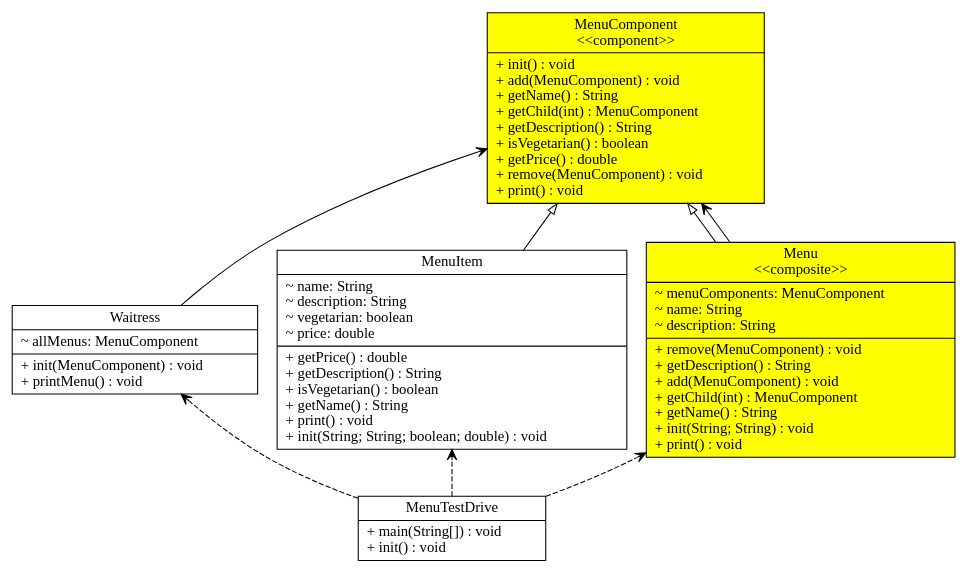
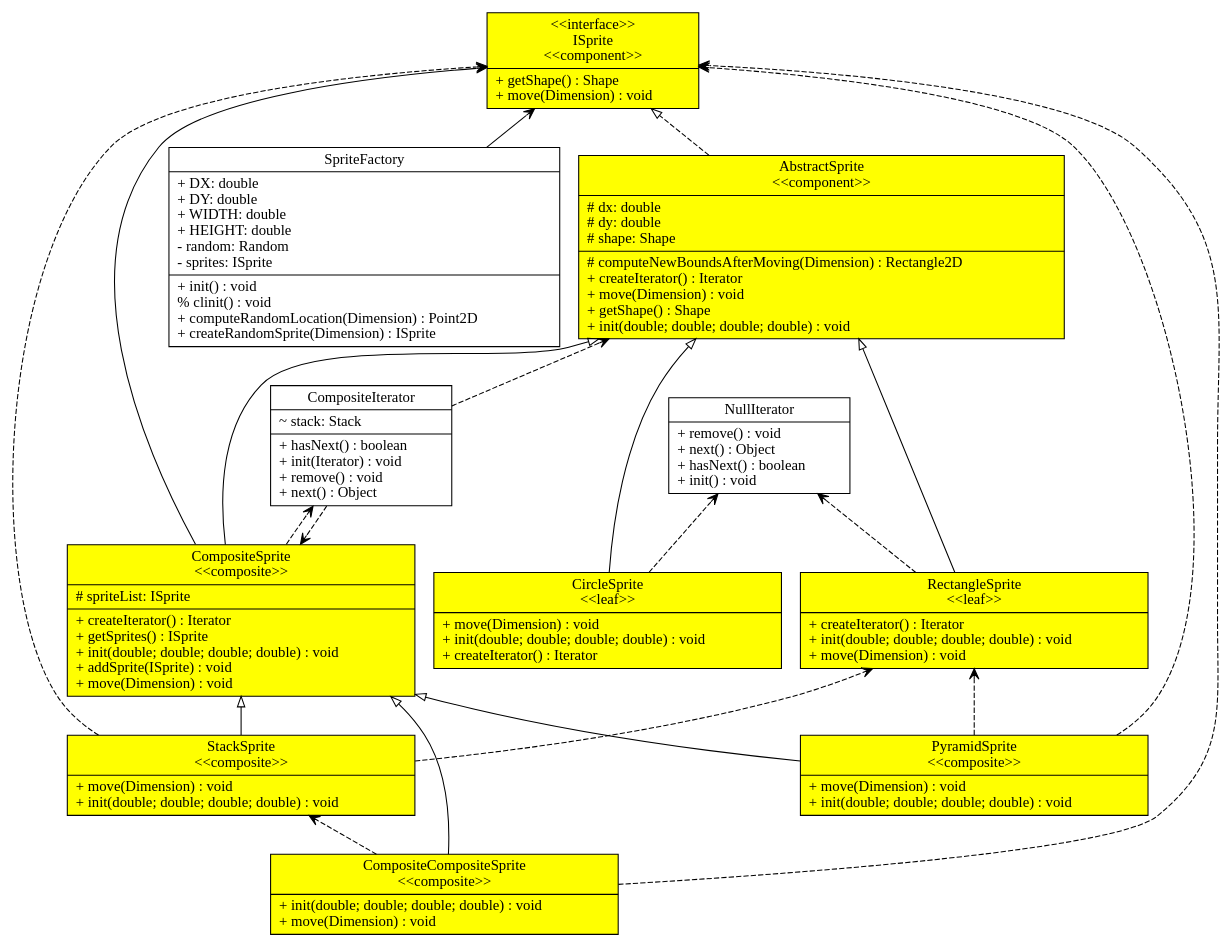
One commit to tpunt3/Csse374 changed the diagram in input_output/model.gv. Above: the diagram before and after it, drawn with Graphviz. The commit also changed 4 other files, not shown here.

```diff
--- a/input_output/model.gv
+++ b/input_output/model.gv
@@ -1,36 +1,79 @@
 digraph model{
 rankdir = BT;
-Waitress [
-shape="record",
-label = "{Waitress| ~ allMenus: MenuComponent\l|+ init(MenuComponent) : void\l+ printMenu() : void\l}"
+CompositeCompositeSprite [
+shape="record",style = filled,fillcolor=yellow
+label = "{CompositeCompositeSprite\n\<\<composite\>\>|+ init(double; double; double; double) : void\l+ move(Dimension) : void\l}"
 ];
 
-MenuComponent [
+AbstractSprite [
 shape="record",style = filled,fillcolor=yellow
-label = "{MenuComponent\n\<\<component\>\>|+ init() : void\l+ add(MenuComponent) : void\l+ getName() : String\l+ getChild(int) : MenuComponent\l+ getDescription() : String\l+ isVegetarian() : boolean\l+ getPrice() : double\l+ remove(MenuComponent) : void\l+ print() : void\l}"
+label = "{AbstractSprite\n\<\<component\>\>|# dx: double\l# dy: double\l# shape: Shape\l|# computeNewBoundsAfterMoving(Dimension) : Rectangle2D\l+ createIterator() : Iterator\l+ move(Dimension) : void\l+ getShape() : Shape\l+ init(double; double; double; double) : void\l}"
 ];
 
-MenuItem [
+NullIterator [
 shape="record",
-label = "{MenuItem| ~ name: String\l~ description: String\l~ vegetarian: boolean\l~ price: double\l|+ getPrice() : double\l+ getDescription() : String\l+ isVegetarian() : boolean\l+ getName() : String\l+ print() : void\l+ init(String; String; boolean; double) : void\l}"
+label = "{NullIterator| + remove() : void\l+ next() : Object\l+ hasNext() : boolean\l+ init() : void\l}"
 ];
 
-MenuTestDrive [
+SpriteFactory [
 shape="record",
-label = "{MenuTestDrive| + main(String[]) : void\l+ init() : void\l}"
+label = "{SpriteFactory| + DX: double\l+ DY: double\l+ WIDTH: double\l+ HEIGHT: double\l- random: Random\l- sprites: ISprite\l|+ init() : void\l% clinit() : void\l+ computeRandomLocation(Dimension) : Point2D\l+ createRandomSprite(Dimension) : ISprite\l}"
 ];
 
-Menu [
+CompositeIterator [
+shape="record",
+label = "{CompositeIterator| ~ stack: Stack\l|+ hasNext() : boolean\l+ init(Iterator) : void\l+ remove() : void\l+ next() : Object\l}"
+];
+
+CircleSprite [
 shape="record",style = filled,fillcolor=yellow
-label = "{Menu\n\<\<composite\>\>|~ menuComponents: MenuComponent\l~ name: String\l~ description: String\l|+ remove(MenuComponent) : void\l+ getDescription() : String\l+ add(MenuComponent) : void\l+ getChild(int) : MenuComponent\l+ getName() : String\l+ init(String; String) : void\l+ print() : void\l}"
+label = "{CircleSprite\n\<\<leaf\>\>|+ move(Dimension) : void\l+ init(double; double; double; double) : void\l+ createIterator() : Iterator\l}"
+];
+
+ISprite [
+shape="record",style = filled,fillcolor=yellow
+label = "{\<\<interface\>\>\nISprite\n\<\<component\>\>| + getShape() : Shape\l+ move(Dimension) : void\l}"
+];
+
+PyramidSprite [
+shape="record",style = filled,fillcolor=yellow
+label = "{PyramidSprite\n\<\<composite\>\>|+ move(Dimension) : void\l+ init(double; double; double; double) : void\l}"
+];
+
+StackSprite [
+shape="record",style = filled,fillcolor=yellow
+label = "{StackSprite\n\<\<composite\>\>|+ move(Dimension) : void\l+ init(double; double; double; double) : void\l}"
+];
+
+CompositeSprite [
+shape="record",style = filled,fillcolor=yellow
+label = "{CompositeSprite\n\<\<composite\>\>|# spriteList: ISprite\l|+ createIterator() : Iterator\l+ getSprites() : ISprite\l+ init(double; double; double; double) : void\l+ addSprite(ISprite) : void\l+ move(Dimension) : void\l}"
+];
+
+RectangleSprite [
+shape="record",style = filled,fillcolor=yellow
+label = "{RectangleSprite\n\<\<leaf\>\>|+ createIterator() : Iterator\l+ init(double; double; double; double) : void\l+ move(Dimension) : void\l}"
 ];
 
 //writing relations between classes now
-Menu -> MenuComponent [arrowhead = "empty"];
-Menu -> MenuComponent [arrowhead = "vee"];
-MenuItem -> MenuComponent [arrowhead = "empty"];
-MenuTestDrive -> Menu [arrowhead = "vee", style = "dashed"];
-MenuTestDrive -> MenuItem [arrowhead = "vee", style = "dashed"];
-MenuTestDrive -> Waitress [arrowhead = "vee", style = "dashed"];
-Waitress -> MenuComponent [arrowhead = "vee"];
+AbstractSprite -> ISprite [arrowhead = "empty", style = "dashed"];
+CircleSprite -> AbstractSprite [arrowhead = "empty"];
+CircleSprite -> NullIterator [arrowhead = "vee", style = "dashed"];
+CompositeCompositeSprite -> CompositeSprite [arrowhead = "empty"];
+CompositeCompositeSprite -> StackSprite [arrowhead = "vee", style = "dashed"];
+CompositeCompositeSprite -> ISprite [arrowhead = "vee", style = "dashed"];
+CompositeIterator -> AbstractSprite [arrowhead = "vee", style = "dashed"];
+CompositeIterator -> CompositeSprite [arrowhead = "vee", style = "dashed"];
+CompositeSprite -> AbstractSprite [arrowhead = "empty"];
+CompositeSprite -> ISprite [arrowhead = "vee"];
+CompositeSprite -> CompositeIterator [arrowhead = "vee", style = "dashed"];
+PyramidSprite -> CompositeSprite [arrowhead = "empty"];
+PyramidSprite -> RectangleSprite [arrowhead = "vee", style = "dashed"];
+PyramidSprite -> ISprite [arrowhead = "vee", style = "dashed"];
+RectangleSprite -> AbstractSprite [arrowhead = "empty"];
+RectangleSprite -> NullIterator [arrowhead = "vee", style = "dashed"];
+SpriteFactory -> ISprite [arrowhead = "vee"];
+StackSprite -> CompositeSprite [arrowhead = "empty"];
+StackSprite -> RectangleSprite [arrowhead = "vee", style = "dashed"];
+StackSprite -> ISprite [arrowhead = "vee", style = "dashed"];
 }
```
